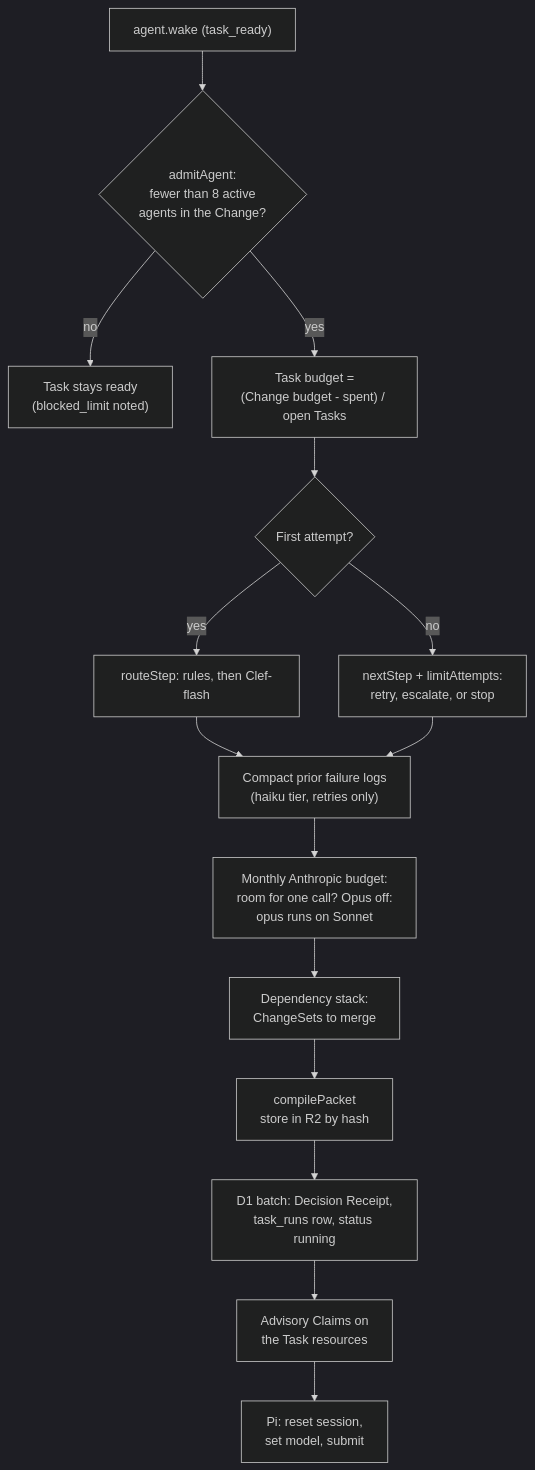
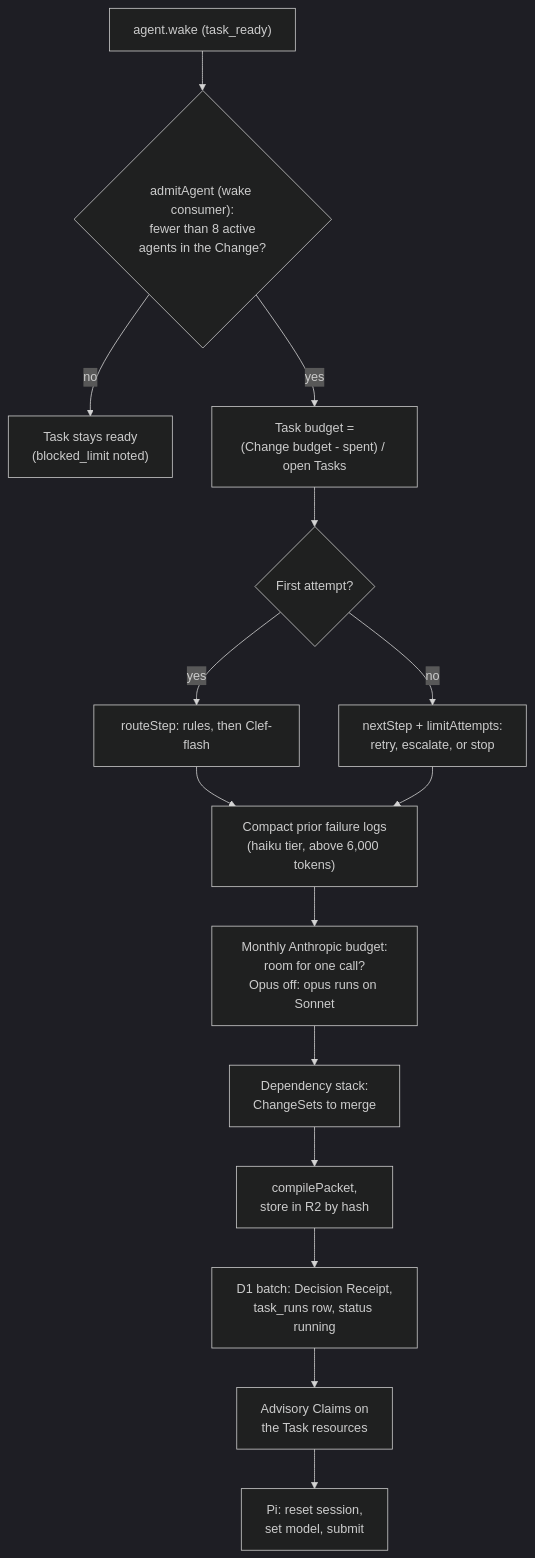
The first of 7 diagrams in docs/architecture/agents-and-models.md (nsudhanva/rhumbatron), drawn with Mermaid (dark theme) before and after one commit. The commit also changed other lines of this file and 47 other files, not shown here.

````diff
--- a/docs/architecture/agents-and-models.md
+++ b/docs/architecture/agents-and-models.md
@@ -32,17 +34,17 @@
 ```mermaid
 flowchart TB
-  W["agent.wake (task_ready)"] --> AD{"admitAgent:<br/>fewer than 8 active<br/>agents in the Change?"}
+  W["agent.wake (task_ready)"] --> AD{"admitAgent (wake consumer):<br/>fewer than 8 active<br/>agents in the Change?"}
   AD -->|"no"| DEF["Task stays ready<br/>(blocked_limit noted)"]
   AD -->|"yes"| BUD["Task budget =<br/>(Change budget - spent) / open Tasks"]
   BUD --> RT{"First attempt?"}
   RT -->|"yes"| ROUTE["routeStep: rules, then Clef-flash"]
   RT -->|"no"| ESC["nextStep + limitAttempts:<br/>retry, escalate, or stop"]
-  ROUTE --> CMP["Compact prior failure logs<br/>(haiku tier, retries only)"]
+  ROUTE --> CMP["Compact prior failure logs<br/>(haiku tier, above 6,000 tokens)"]
   ESC --> CMP
-  CMP --> PROV["Monthly Anthropic budget:<br/>room for one call? Opus off:<br/>opus runs on Sonnet"]
+  CMP --> PROV["Monthly Anthropic budget:<br/>room for one call?<br/>Opus off: opus runs on Sonnet"]
   PROV --> STACK["Dependency stack:<br/>ChangeSets to merge"]
-  STACK --> PKT["compilePacket<br/>store in R2 by hash"]
+  STACK --> PKT["compilePacket,<br/>store in R2 by hash"]
   PKT --> REC["D1 batch: Decision Receipt,<br/>task_runs row, status running"]
   REC --> CLM["Advisory Claims on<br/>the Task resources"]
   CLM --> PI["Pi: reset session,<br/>set model, submit"]
 ```
````
